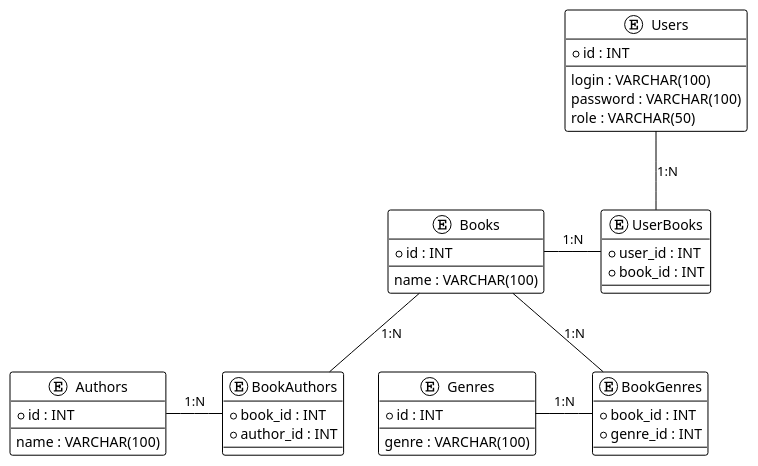
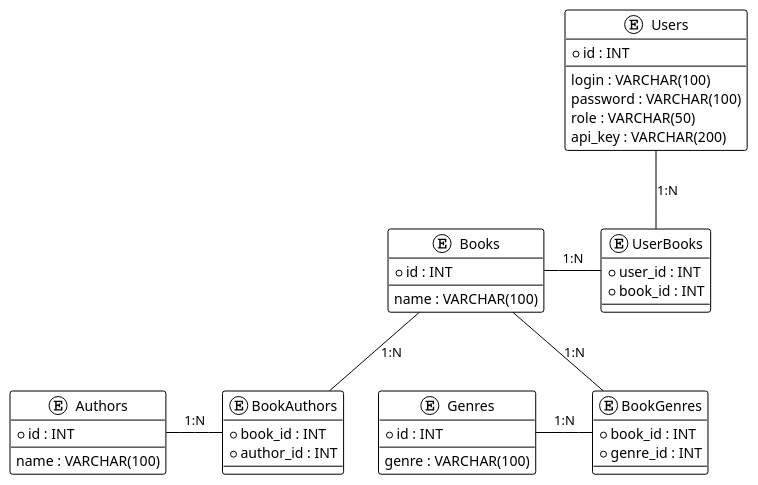
The diagram in uml/ERDiagram.puml (idSynth/OnlineLibraryAPI), drawn with PlantUML before and after one commit.

```diff
--- a/uml/ERDiagram.puml
+++ b/uml/ERDiagram.puml
@@ -1,50 +1,51 @@
 @startuml
 !theme plain
 entity "Users" as users {
   + id : INT
   --
   login : VARCHAR(100)
   password : VARCHAR(100)
   role : VARCHAR(50)
+  api_key : VARCHAR(200)
 }
 
 entity "Books" as books {
   + id : INT
   --
   name : VARCHAR(100)
 }
 
 entity "Authors" as authors {
   + id : INT
   --
   name : VARCHAR(100)
 }
 
 entity "Genres" as genres {
   + id : INT
   --
   genre : VARCHAR(100)
 }
 
 entity "BookAuthors" as bookauthors {
   + book_id : INT
   + author_id : INT
 }
 
 entity "BookGenres" as bookgenres {
   + book_id : INT
   + genre_id : INT
 }
 
 entity "UserBooks" as userbooks {
   + user_id : INT
   + book_id : INT
 }
 
 users -- userbooks : "1:N"
 books - userbooks : "1:N"
 books -- bookauthors : "1:N"
 authors - bookauthors : "1:N"
 books -- bookgenres : "1:N"
 genres - bookgenres : "1:N"
 @enduml
```
